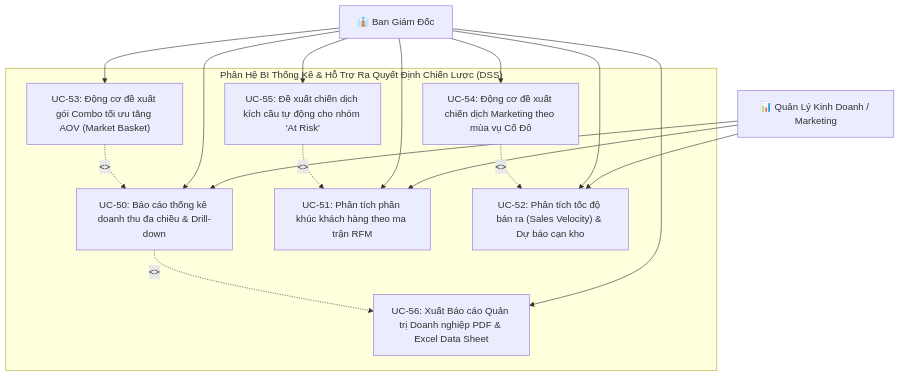
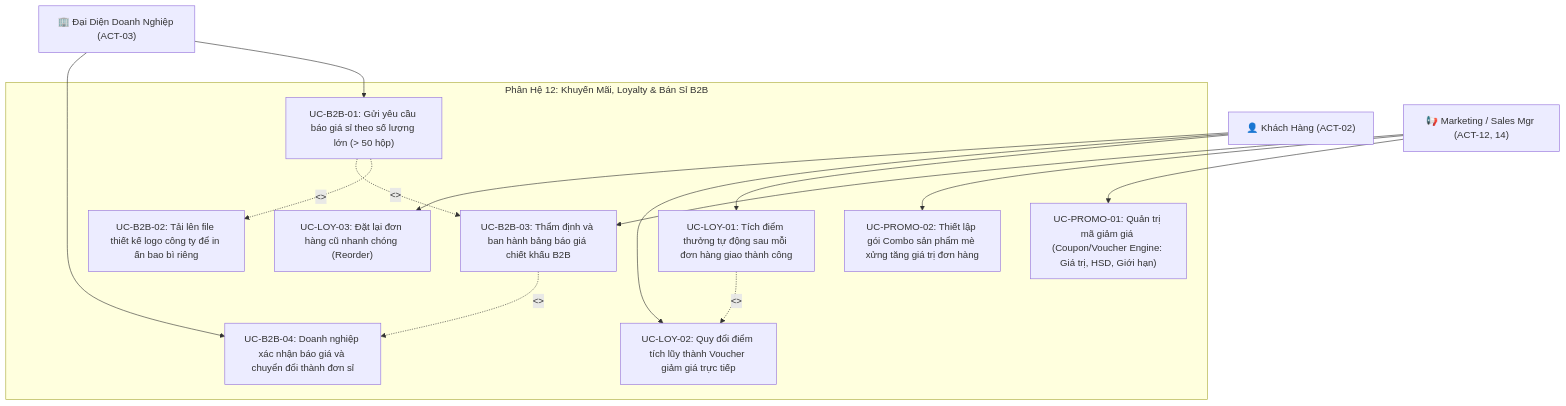
One commit to hvduong2k5/DUT.PBL6 changed diagram 14 of 16 in docs/01_requirements/use_case_specification.md. Above: the diagram before and after it, drawn with Mermaid. The commit also changed other lines of this file, not shown here.

````diff
--- a/docs/01_requirements/use_case_specification.md
+++ b/docs/01_requirements/use_case_specification.md
@@ -479,32 +812,34 @@
 ```mermaid
 graph TB
-    Executive["👔 Ban Giám Đốc"]
-    Manager["📊 Quản Lý Kinh Doanh / Marketing"]
+    Customer["👤 Khách Hàng (ACT-02)"]
+    B2BClient["🏢 Đại Diện Doanh Nghiệp (ACT-03)"]
+    Marketing["📢 Marketing / Sales Mgr (ACT-12, 14)"]
 
-    subgraph BI_DSS_Subsystem ["Phân Hệ BI Thống Kê & Hỗ Trợ Ra Quyết Định Chiến Lược (DSS)"]
-        UC50["UC-50: Báo cáo thống kê doanh thu đa chiều & Drill-down"]
-        UC51["UC-51: Phân tích phân khúc khách hàng theo ma trận RFM"]
-        UC52["UC-52: Phân tích tốc độ bán ra (Sales Velocity) & Dự báo cạn kho"]
-        UC53["UC-53: Động cơ đề xuất gói Combo tối ưu tăng AOV (Market Basket)"]
-        UC54["UC-54: Động cơ đề xuất chiến dịch Marketing theo mùa vụ Cố Đô"]
-        UC55["UC-55: Đề xuất chiến dịch kích cầu tự động cho nhóm 'At Risk'"]
-        UC56["UC-56: Xuất Báo cáo Quản trị Doanh nghiệp PDF & Excel Data Sheet"]
+    subgraph Subsystem_Promotions_B2B ["Phân Hệ 12: Khuyến Mãi, Loyalty & Bán Sỉ B2B"]
+        UC_PROMO_01["UC-PROMO-01: Quản trị mã giảm giá (Coupon/Voucher Engine: Giá trị, HSD, Giới hạn)"]
+        UC_PROMO_02["UC-PROMO-02: Thiết lập gói Combo sản phẩm mè xửng tăng giá trị đơn hàng"]
+        UC_LOY_01["UC-LOY-01: Tích điểm thưởng tự động sau mỗi đơn hàng giao thành công"]
+        UC_LOY_02["UC-LOY-02: Quy đổi điểm tích lũy thành Voucher giảm giá trực tiếp"]
+        UC_LOY_03["UC-LOY-03: Đặt lại đơn hàng cũ nhanh chóng (Reorder)"]
+        UC_B2B_01["UC-B2B-01: Gửi yêu cầu báo giá sỉ theo số lượng lớn (> 50 hộp)"]
+        UC_B2B_02["UC-B2B-02: Tải lên file thiết kế logo công ty để in ấn bao bì riêng"]
+        UC_B2B_03["UC-B2B-03: Thẩm định và ban hành bảng báo giá chiết khấu B2B"]
+        UC_B2B_04["UC-B2B-04: Doanh nghiệp xác nhận báo giá và chuyển đổi thành đơn sỉ"]
 
-        UC50 -. "<<extend>>" .-> UC56
-        UC53 -. "<<include>>" .-> UC50
-        UC54 -. "<<include>>" .-> UC52
-        UC55 -. "<<include>>" .-> UC51
+        UC_B2B_01 -. "<<include>>" .-> UC_B2B_02
+        UC_B2B_01 -. "<<include>>" .-> UC_B2B_03
+        UC_B2B_03 -. "<<include>>" .-> UC_B2B_04
+        UC_LOY_01 -. "<<extend>>" .-> UC_LOY_02
     end
 
-    Executive --> UC50
-    Executive --> UC51
-    Executive --> UC52
-    Executive --> UC53
-    Executive --> UC54
-    Executive --> UC55
-    Executive --> UC56
+    Customer --> UC_LOY_01
+    Customer --> UC_LOY_02
+    Customer --> UC_LOY_03
 
-    Manager --> UC50
-    Manager --> UC51
-    Manager --> UC52
+    B2BClient --> UC_B2B_01
+    B2BClient --> UC_B2B_04
+
+    Marketing --> UC_PROMO_01
+    Marketing --> UC_PROMO_02
+    Marketing --> UC_B2B_03
 ```
````
